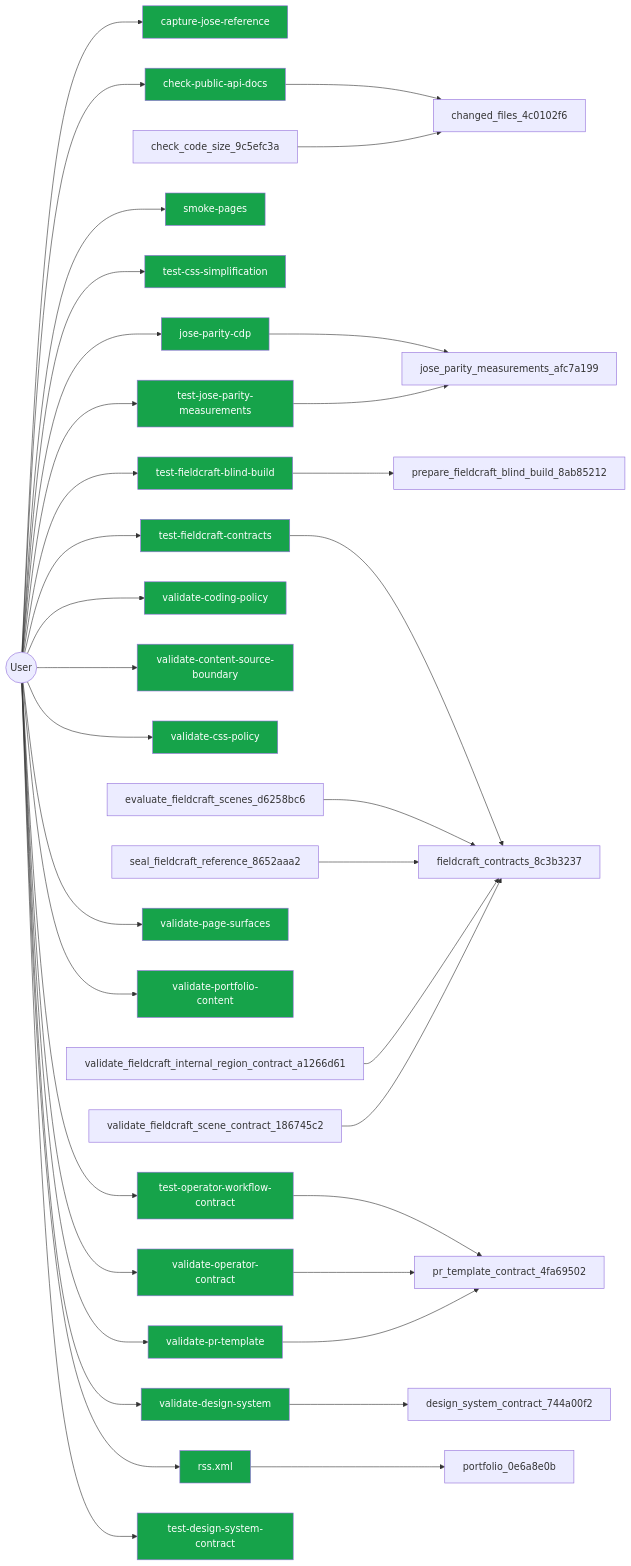
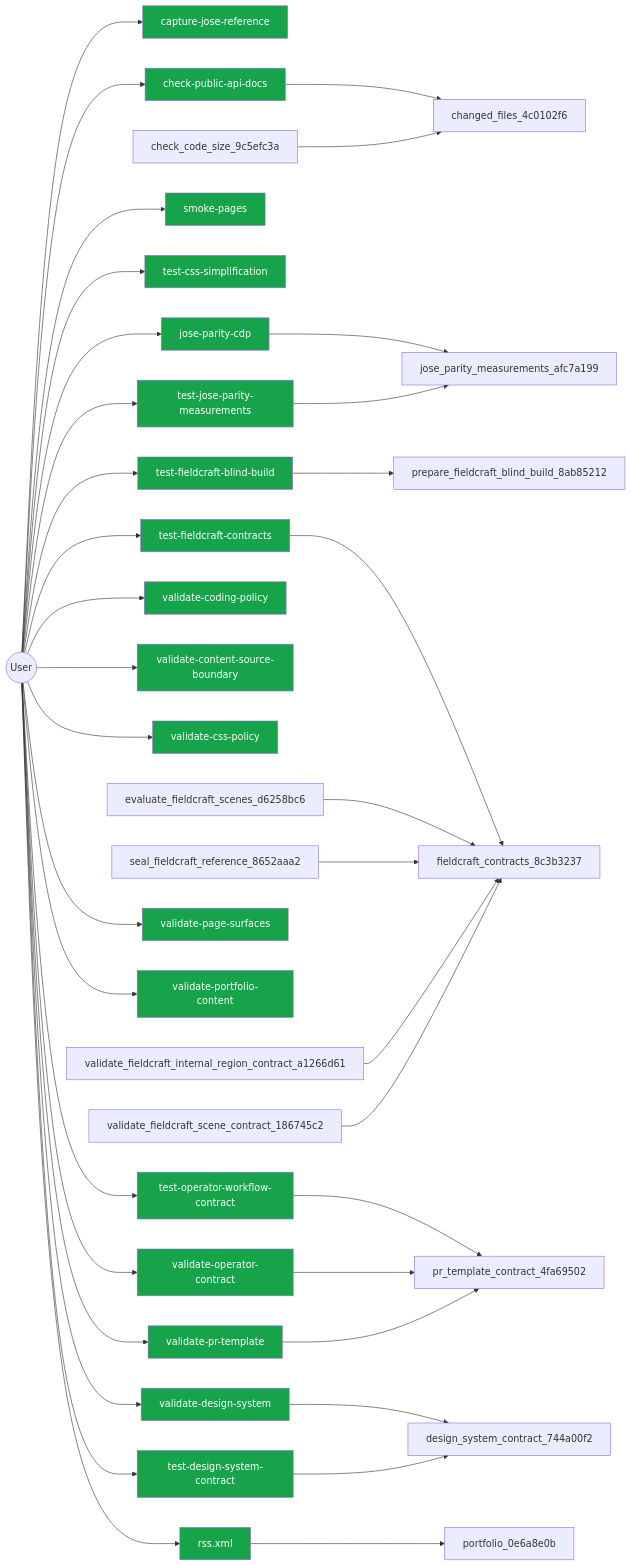
One commit to jscraik/websites changed the diagram in .diagram/user.mmd. Above: the diagram before and after it, drawn with Mermaid. The commit also changed 6 other files, not shown here.

```diff
--- a/.diagram/user.mmd
+++ b/.diagram/user.mmd
@@ -1,57 +1,58 @@
 flowchart LR
   User(("User"))
   capture_jose_reference_e7b66705["capture-jose-reference"]
   User --> capture_jose_reference_e7b66705
   check_public_api_docs_a9604f1b["check-public-api-docs"]
   User --> check_public_api_docs_a9604f1b
   jose_parity_cdp_bdcde21d["jose-parity-cdp"]
   User --> jose_parity_cdp_bdcde21d
   smoke_pages_9a92b30d["smoke-pages"]
   User --> smoke_pages_9a92b30d
   test_css_simplification_05516724["test-css-simplification"]
   User --> test_css_simplification_05516724
   test_fieldcraft_blind_build_ec0e094c["test-fieldcraft-blind-build"]
   User --> test_fieldcraft_blind_build_ec0e094c
   test_fieldcraft_contracts_82274efa["test-fieldcraft-contracts"]
   User --> test_fieldcraft_contracts_82274efa
   test_jose_parity_measurements_2477824f["test-jose-parity-measurements"]
   User --> test_jose_parity_measurements_2477824f
   test_operator_workflow_contract_b4a152d7["test-operator-workflow-contract"]
   User --> test_operator_workflow_contract_b4a152d7
   validate_coding_policy_29976175["validate-coding-policy"]
   User --> validate_coding_policy_29976175
   validate_content_source_boundary_8a6f121b["validate-content-source-boundary"]
   User --> validate_content_source_boundary_8a6f121b
   validate_css_policy_1c5ec854["validate-css-policy"]
   User --> validate_css_policy_1c5ec854
   validate_design_system_b8a5f37c["validate-design-system"]
   User --> validate_design_system_b8a5f37c
   validate_operator_contract_f777ed78["validate-operator-contract"]
   User --> validate_operator_contract_f777ed78
   validate_page_surfaces_078ef6b6["validate-page-surfaces"]
   User --> validate_page_surfaces_078ef6b6
   validate_portfolio_content_6d36990e["validate-portfolio-content"]
   User --> validate_portfolio_content_6d36990e
   validate_pr_template_1fc39e13["validate-pr-template"]
   User --> validate_pr_template_1fc39e13
   rss_xml_b85d02db["rss.xml"]
   User --> rss_xml_b85d02db
   check_public_api_docs_a9604f1b --> changed_files_4c0102f6
   jose_parity_cdp_bdcde21d --> jose_parity_measurements_afc7a199
   test_fieldcraft_blind_build_ec0e094c --> prepare_fieldcraft_blind_build_8ab85212
   test_fieldcraft_contracts_82274efa --> fieldcraft_contracts_8c3b3237
   test_jose_parity_measurements_2477824f --> jose_parity_measurements_afc7a199
   test_operator_workflow_contract_b4a152d7 --> pr_template_contract_4fa69502
   validate_design_system_b8a5f37c --> design_system_contract_744a00f2
   validate_operator_contract_f777ed78 --> pr_template_contract_4fa69502
   validate_pr_template_1fc39e13 --> pr_template_contract_4fa69502
   rss_xml_b85d02db --> portfolio_0e6a8e0b
   check_code_size_9c5efc3a --> changed_files_4c0102f6
   evaluate_fieldcraft_scenes_d6258bc6 --> fieldcraft_contracts_8c3b3237
   seal_fieldcraft_reference_8652aaa2 --> fieldcraft_contracts_8c3b3237
   validate_fieldcraft_internal_region_contract_a1266d61 --> fieldcraft_contracts_8c3b3237
   validate_fieldcraft_scene_contract_186745c2 --> fieldcraft_contracts_8c3b3237
   classDef userNode fill:#16a34a,color:#fff
   test_design_system_contract_2b5439cd["test-design-system-contract"]
   User --> test_design_system_contract_2b5439cd
+  test_design_system_contract_2b5439cd --> design_system_contract_744a00f2
   class capture_jose_reference_e7b66705,check_public_api_docs_a9604f1b,jose_parity_cdp_bdcde21d,smoke_pages_9a92b30d,test_css_simplification_05516724,test_fieldcraft_blind_build_ec0e094c,test_fieldcraft_contracts_82274efa,test_jose_parity_measurements_2477824f,test_operator_workflow_contract_b4a152d7,validate_coding_policy_29976175,validate_content_source_boundary_8a6f121b,validate_css_policy_1c5ec854,validate_design_system_b8a5f37c,validate_operator_contract_f777ed78,validate_page_surfaces_078ef6b6,validate_portfolio_content_6d36990e,validate_pr_template_1fc39e13,rss_xml_b85d02db,test_design_system_contract_2b5439cd userNode
```
